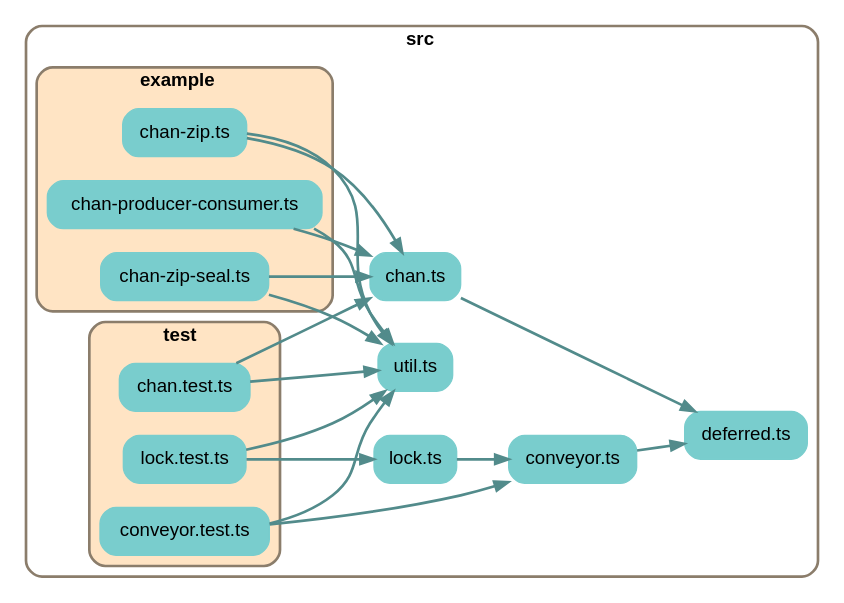
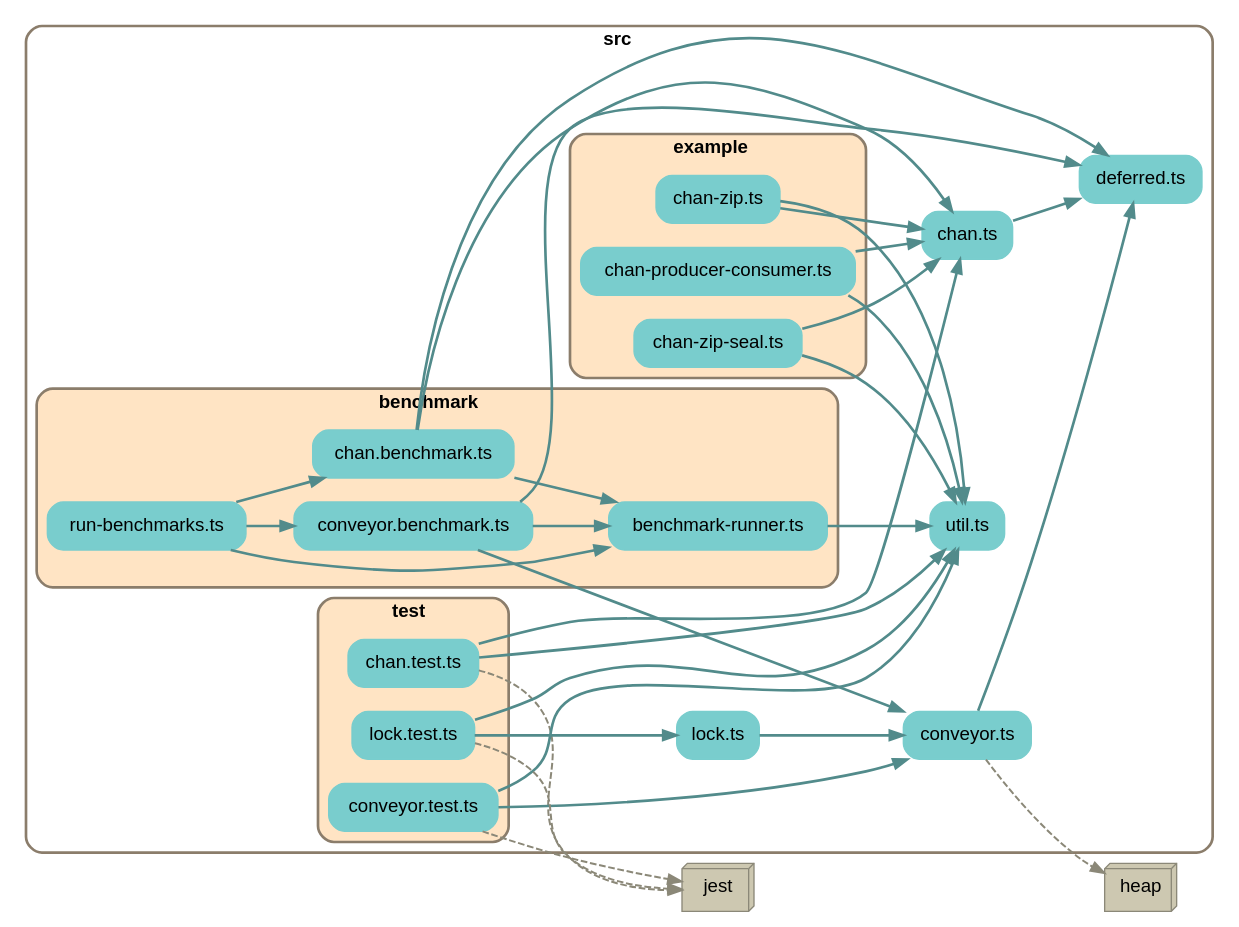
Before and after one commit to cinnamon-bun/concurrency-friends: the diagram in depchart/depchart-all.dot, drawn with Graphviz. The commit also changed 7 other files, not shown here.

```diff
--- a/depchart/depchart-all.dot
+++ b/depchart/depchart-all.dot
@@ -1,69 +1,102 @@
 
 digraph G {
     //splines=line;
     //splines=polyline;
     splines=true;
     rankdir=LR;
     //newrank=true;
     compound=true;
     graph [fontname = "helvetica"];  // dpi=72
     node [fontname = "helvetica"];
     edge [fontname = "helvetica"];
     
     // files in their folder clusters
 
-    subgraph cluster6723605718 {
+    subgraph cluster3617124457 {
         label=<<b>src</b>>;
         style="rounded";
         color=bisque4;
         penwidth=2;
                 
         "src/chan.ts" [label="chan.ts", shape=rectangle; style="rounded,filled"; color=darkslategray3];
         "src/conveyor.ts" [label="conveyor.ts", shape=rectangle; style="rounded,filled"; color=darkslategray3];
         "src/deferred.ts" [label="deferred.ts", shape=rectangle; style="rounded,filled"; color=darkslategray3];
         "src/lock.ts" [label="lock.ts", shape=rectangle; style="rounded,filled"; color=darkslategray3];
         "src/util.ts" [label="util.ts", shape=rectangle; style="rounded,filled"; color=darkslategray3];
 
-        subgraph cluster4794301731 {
+        subgraph cluster711544665 {
+            label=<<b>benchmark</b>>;
+            style="rounded,filled";
+            fillcolor=bisque;
+            color=bisque4;
+            penwidth=2;
+                
+            "src/benchmark/benchmark-runner.ts" [label="benchmark-runner.ts", shape=rectangle; style="rounded,filled"; color=darkslategray3];
+            "src/benchmark/chan.benchmark.ts" [label="chan.benchmark.ts", shape=rectangle; style="rounded,filled"; color=darkslategray3];
+            "src/benchmark/conveyor.benchmark.ts" [label="conveyor.benchmark.ts", shape=rectangle; style="rounded,filled"; color=darkslategray3];
+            "src/benchmark/run-benchmarks.ts" [label="run-benchmarks.ts", shape=rectangle; style="rounded,filled"; color=darkslategray3];
+        }
+
+        subgraph cluster7397078218 {
             label=<<b>example</b>>;
             style="rounded,filled";
             fillcolor=bisque;
             color=bisque4;
             penwidth=2;
                 
             "src/example/chan-producer-consumer.ts" [label="chan-producer-consumer.ts", shape=rectangle; style="rounded,filled"; color=darkslategray3];
             "src/example/chan-zip-seal.ts" [label="chan-zip-seal.ts", shape=rectangle; style="rounded,filled"; color=darkslategray3];
             "src/example/chan-zip.ts" [label="chan-zip.ts", shape=rectangle; style="rounded,filled"; color=darkslategray3];
         }
 
-        subgraph cluster1206226089 {
+        subgraph cluster2257689938 {
             label=<<b>test</b>>;
             style="rounded,filled";
             fillcolor=bisque;
             color=bisque4;
             penwidth=2;
                 
             "src/test/chan.test.ts" [label="chan.test.ts", shape=rectangle; style="rounded,filled"; color=darkslategray3];
             "src/test/conveyor.test.ts" [label="conveyor.test.ts", shape=rectangle; style="rounded,filled"; color=darkslategray3];
             "src/test/lock.test.ts" [label="lock.test.ts", shape=rectangle; style="rounded,filled"; color=darkslategray3];
         }
     }
 
+    // packages not in their own cluster
+        "heap" [shape=box3d, style=filled, fillcolor=cornsilk3, color=cornsilk4];
+        "jest" [shape=box3d, style=filled, fillcolor=cornsilk3, color=cornsilk4];
+
     // edges between files
+    "src/benchmark/benchmark-runner.ts" -> "src/util.ts" [penwidth=2; color=darkslategray4];
+    "src/benchmark/chan.benchmark.ts" -> "src/chan.ts" [penwidth=2; color=darkslategray4];
+    "src/benchmark/chan.benchmark.ts" -> "src/deferred.ts" [penwidth=2; color=darkslategray4];
+    "src/benchmark/chan.benchmark.ts" -> "src/benchmark/benchmark-runner.ts" [penwidth=2; color=darkslategray4];
+    "src/benchmark/conveyor.benchmark.ts" -> "src/conveyor.ts" [penwidth=2; color=darkslategray4];
+    "src/benchmark/conveyor.benchmark.ts" -> "src/deferred.ts" [penwidth=2; color=darkslategray4];
+    "src/benchmark/conveyor.benchmark.ts" -> "src/benchmark/benchmark-runner.ts" [penwidth=2; color=darkslategray4];
+    "src/benchmark/run-benchmarks.ts" -> "src/benchmark/benchmark-runner.ts" [penwidth=2; color=darkslategray4];
+    "src/benchmark/run-benchmarks.ts" -> "src/benchmark/conveyor.benchmark.ts" [penwidth=2; color=darkslategray4];
+    "src/benchmark/run-benchmarks.ts" -> "src/benchmark/chan.benchmark.ts" [penwidth=2; color=darkslategray4];
     "src/chan.ts" -> "src/deferred.ts" [penwidth=2; color=darkslategray4];
     "src/conveyor.ts" -> "src/deferred.ts" [penwidth=2; color=darkslategray4];
     "src/example/chan-producer-consumer.ts" -> "src/chan.ts" [penwidth=2; color=darkslategray4];
     "src/example/chan-producer-consumer.ts" -> "src/util.ts" [penwidth=2; color=darkslategray4];
     "src/example/chan-zip-seal.ts" -> "src/chan.ts" [penwidth=2; color=darkslategray4];
     "src/example/chan-zip-seal.ts" -> "src/util.ts" [penwidth=2; color=darkslategray4];
     "src/example/chan-zip.ts" -> "src/chan.ts" [penwidth=2; color=darkslategray4];
     "src/example/chan-zip.ts" -> "src/util.ts" [penwidth=2; color=darkslategray4];
     "src/lock.ts" -> "src/conveyor.ts" [penwidth=2; color=darkslategray4];
     "src/test/chan.test.ts" -> "src/chan.ts" [penwidth=2; color=darkslategray4];
     "src/test/chan.test.ts" -> "src/util.ts" [penwidth=2; color=darkslategray4];
     "src/test/conveyor.test.ts" -> "src/conveyor.ts" [penwidth=2; color=darkslategray4];
     "src/test/conveyor.test.ts" -> "src/util.ts" [penwidth=2; color=darkslategray4];
     "src/test/lock.test.ts" -> "src/lock.ts" [penwidth=2; color=darkslategray4];
     "src/test/lock.test.ts" -> "src/util.ts" [penwidth=2; color=darkslategray4];
 
+    // edges from files to packages
+    "src/conveyor.ts" -> "heap" [penwidth=1.5; style=dashed, color=cornsilk4, weight=1];
+    "src/test/chan.test.ts" -> "jest" [penwidth=1.5; style=dashed, color=cornsilk4, weight=1];
+    "src/test/conveyor.test.ts" -> "jest" [penwidth=1.5; style=dashed, color=cornsilk4, weight=1];
+    "src/test/lock.test.ts" -> "jest" [penwidth=1.5; style=dashed, color=cornsilk4, weight=1];
+
 }
```
